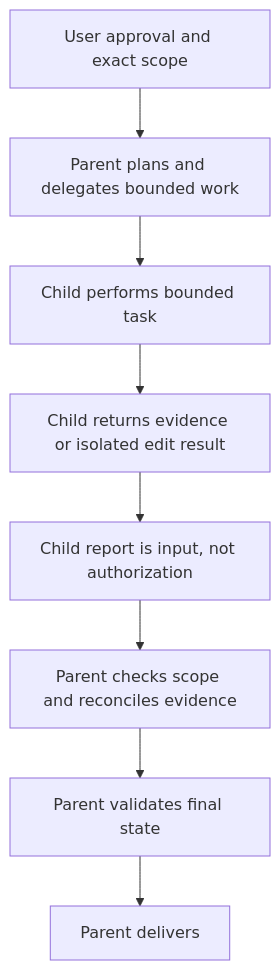
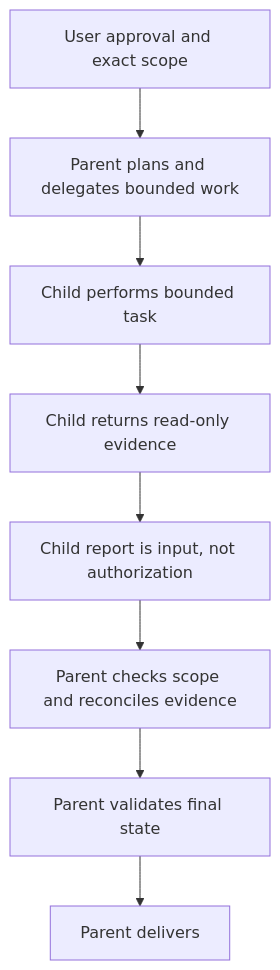
The diagram in knowledge/notes/fundamentals/subagent-parent-authority.md (samluxian/pi-agent-config), drawn with Mermaid before and after one commit. The commit also changed other lines of this file and 162 other files, not shown here.

````diff
--- a/knowledge/notes/fundamentals/subagent-parent-authority.md
+++ b/knowledge/notes/fundamentals/subagent-parent-authority.md
@@ -43,10 +42,10 @@
 ```mermaid
 flowchart TD
     A["User approval and exact scope"] --> B["Parent plans and delegates bounded work"]
     B --> C["Child performs bounded task"]
-    C --> D["Child returns evidence or isolated edit result"]
+    C --> D["Child returns read-only evidence"]
     D --> E["Child report is input, not authorization"]
     E --> F["Parent checks scope and reconciles evidence"]
     F --> G["Parent validates final state"]
     G --> H["Parent delivers"]
 ```
````
